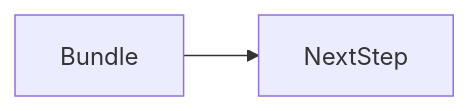
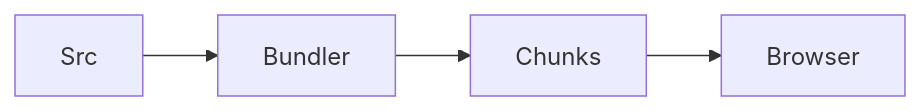
Before and after one commit to OmidJavaherii/Frontend-Engineering-Handbook: the second of 2 diagrams in docs/en/13-performance/bundle/index.md, drawn with Mermaid. The commit also changed other lines of this file and 461 other files, not shown here.

````diff
--- a/docs/en/13-performance/bundle/index.md
+++ b/docs/en/13-performance/bundle/index.md
@@ -95,4 +106,4 @@
 ```mermaid
 flowchart LR
-  concept[Bundle] --> nextStep[NextStep]
+  Src --> Bundler --> Chunks --> Browser
 ```
````
